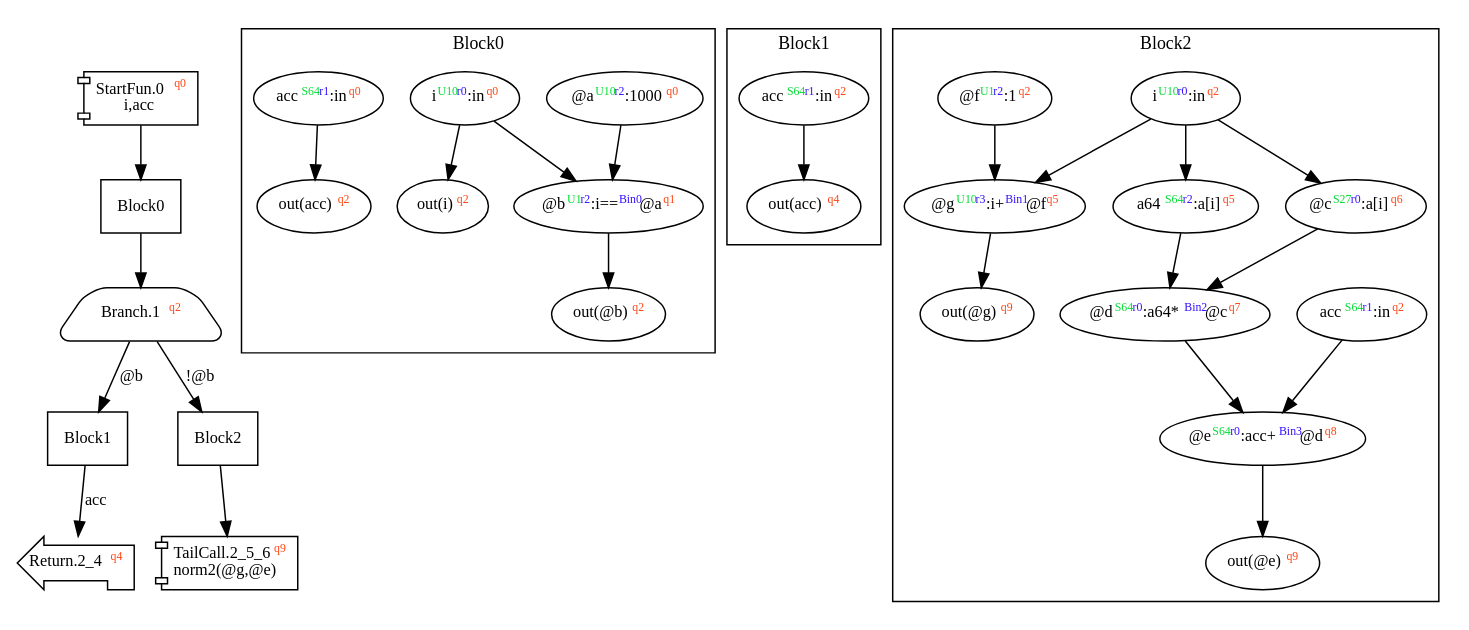
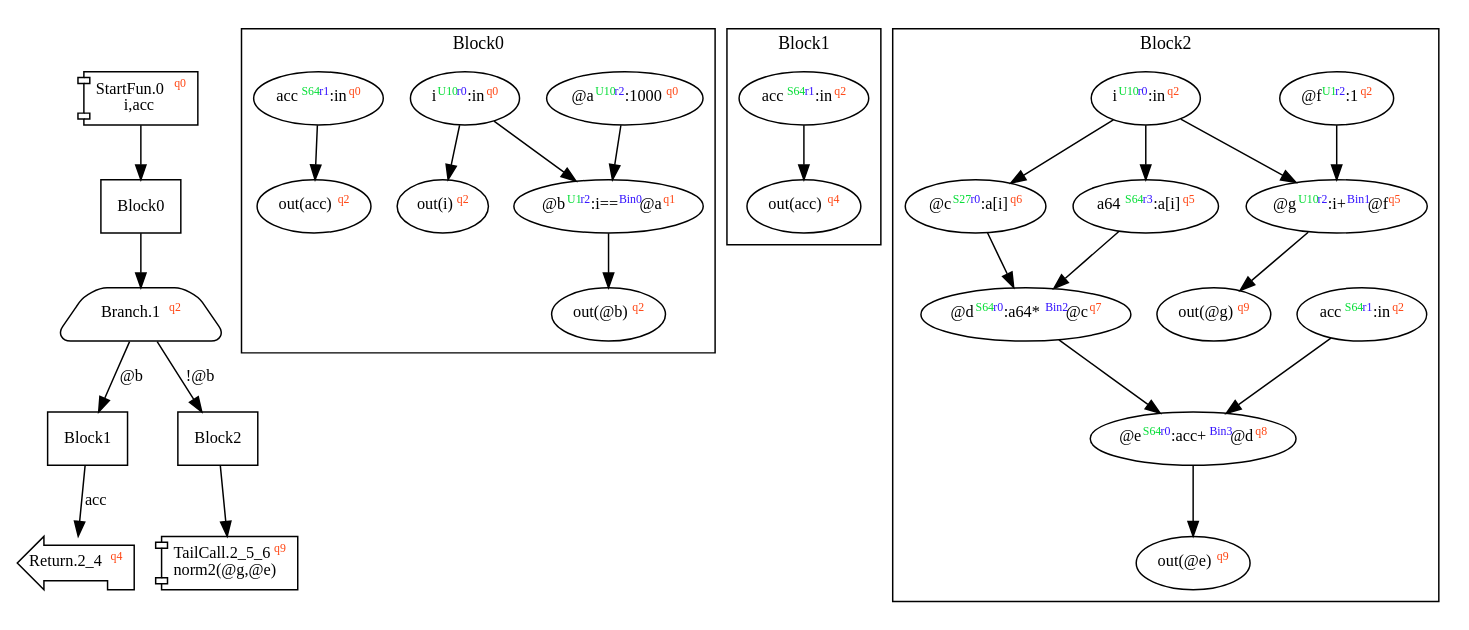
The diagram in dist/norm2.dot (akouryy/SyntheScala), drawn with Graphviz before and after one commit. The commit also changed 14 other files, not shown here.

```diff
--- a/dist/norm2.dot
+++ b/dist/norm2.dot
@@ -1,46 +1,46 @@
 digraph Program_ {
 graph [fontname = "Monaco", fontsize = 12, ranksep = 0.5];
 node [shape = box, fontname = "Monaco", fontsize = 11; colorscheme = pastel19];
 edge [fontname = "Monaco", fontsize = 11; colorscheme = pastel19];
 Jump0[label = <StartFun.0<font color="#ff4411" point-size="8"><sup>q0</sup></font><br/>i,acc>; shape = component];
 Jump0 -> Block0;
 Jump1[
   label = <Branch.1<font color="#ff4411" point-size="8"><sup>q2</sup></font>>;
   shape = trapezium; style = rounded;
 ];
 Block0 -> Jump1;
 Jump1 -> Block1 [label="@b"];
 Jump1 -> Block2 [label="!@b"];
 Jump2_4[label = <Return.2_4<font color="#ff4411" point-size="8"><sup>q4</sup></font>>; shape = lpromoter];
 Block1 -> Jump2_4 [label="acc"];
 Jump2_5_6[label = <TailCall.2_5_6<font color="#ff4411" point-size="8"><sup>q9</sup></font><br/>norm2(@g,@e)>; shape = component];
 Block2 -> Jump2_5_6;
 Block0 [label = "Block0"];
 Block1 [label = "Block1"];
 Block2 [label = "Block2"];
 subgraph cluster_dfg_Block0{
 node [shape = oval];
 label = "Block0";
-ndBlock0_0 [label=<out(acc)<font color="#ff4411" point-size="8"><sup>q2</sup></font>>];ndBlock0_1 [label=<i<font color="#00dd33" point-size="8"><sup>U10</sup></font><font color="#3311ff" point-size="8"><sup>r0</sup></font>:in<font color="#ff4411" point-size="8"><sup>q0</sup></font>>];ndBlock0_2 [label=<out(@b)<font color="#ff4411" point-size="8"><sup>q2</sup></font>>];ndBlock0_3 [label=<@a<font color="#00dd33" point-size="8"><sup>U10</sup></font><font color="#3311ff" point-size="8"><sup>r2</sup></font>:1000<font color="#ff4411" point-size="8"><sup>q0</sup></font>>];ndBlock0_4 [label=<out(i)<font color="#ff4411" point-size="8"><sup>q2</sup></font>>];ndBlock0_5 [label=<acc<font color="#00dd33" point-size="8"><sup>S64</sup></font><font color="#3311ff" point-size="8"><sup>r1</sup></font>:in<font color="#ff4411" point-size="8"><sup>q0</sup></font>>];ndBlock0_6 [label=<@b<font color="#00dd33" point-size="8"><sup>U1</sup></font><font color="#3311ff" point-size="8"><sup>r2</sup></font>:i==<font color="#3311ff" point-size="8"><sup>Bin0</sup></font>@a<font color="#ff4411" point-size="8"><sup>q1</sup></font>>];ndBlock0_5 -> ndBlock0_0;
-ndBlock0_1 -> ndBlock0_6;
-ndBlock0_3 -> ndBlock0_6;
-ndBlock0_6 -> ndBlock0_2;
+ndBlock0_0 [label=<out(acc)<font color="#ff4411" point-size="8"><sup>q2</sup></font>>];ndBlock0_1 [label=<i<font color="#00dd33" point-size="8"><sup>U10</sup></font><font color="#3311ff" point-size="8"><sup>r0</sup></font>:in<font color="#ff4411" point-size="8"><sup>q0</sup></font>>];ndBlock0_2 [label=<out(@b)<font color="#ff4411" point-size="8"><sup>q2</sup></font>>];ndBlock0_3 [label=<@a<font color="#00dd33" point-size="8"><sup>U10</sup></font><font color="#3311ff" point-size="8"><sup>r2</sup></font>:1000<font color="#ff4411" point-size="8"><sup>q0</sup></font>>];ndBlock0_4 [label=<out(i)<font color="#ff4411" point-size="8"><sup>q2</sup></font>>];ndBlock0_5 [label=<@b<font color="#00dd33" point-size="8"><sup>U1</sup></font><font color="#3311ff" point-size="8"><sup>r2</sup></font>:i==<font color="#3311ff" point-size="8"><sup>Bin0</sup></font>@a<font color="#ff4411" point-size="8"><sup>q1</sup></font>>];ndBlock0_6 [label=<acc<font color="#00dd33" point-size="8"><sup>S64</sup></font><font color="#3311ff" point-size="8"><sup>r1</sup></font>:in<font color="#ff4411" point-size="8"><sup>q0</sup></font>>];ndBlock0_6 -> ndBlock0_0;
+ndBlock0_1 -> ndBlock0_5;
+ndBlock0_3 -> ndBlock0_5;
+ndBlock0_5 -> ndBlock0_2;
 ndBlock0_1 -> ndBlock0_4;
 }subgraph cluster_dfg_Block1{
 node [shape = oval];
 label = "Block1";
 ndBlock1_0 [label=<acc<font color="#00dd33" point-size="8"><sup>S64</sup></font><font color="#3311ff" point-size="8"><sup>r1</sup></font>:in<font color="#ff4411" point-size="8"><sup>q2</sup></font>>];ndBlock1_1 [label=<out(acc)<font color="#ff4411" point-size="8"><sup>q4</sup></font>>];ndBlock1_0 -> ndBlock1_1;
 }subgraph cluster_dfg_Block2{
 node [shape = oval];
 label = "Block2";
-ndBlock2_0 [label=<@e<font color="#00dd33" point-size="8"><sup>S64</sup></font><font color="#3311ff" point-size="8"><sup>r0</sup></font>:acc+<font color="#3311ff" point-size="8"><sup>Bin3</sup></font>@d<font color="#ff4411" point-size="8"><sup>q8</sup></font>>];ndBlock2_1 [label=<@c<font color="#00dd33" point-size="8"><sup>S27</sup></font><font color="#3311ff" point-size="8"><sup>r0</sup></font>:a[i]<font color="#ff4411" point-size="8"><sup>q6</sup></font>>];ndBlock2_2 [label=<a64<font color="#00dd33" point-size="8"><sup>S64</sup></font><font color="#3311ff" point-size="8"><sup>r2</sup></font>:a[i]<font color="#ff4411" point-size="8"><sup>q5</sup></font>>];ndBlock2_3 [label=<out(@e)<font color="#ff4411" point-size="8"><sup>q9</sup></font>>];ndBlock2_4 [label=<acc<font color="#00dd33" point-size="8"><sup>S64</sup></font><font color="#3311ff" point-size="8"><sup>r1</sup></font>:in<font color="#ff4411" point-size="8"><sup>q2</sup></font>>];ndBlock2_5 [label=<i<font color="#00dd33" point-size="8"><sup>U10</sup></font><font color="#3311ff" point-size="8"><sup>r0</sup></font>:in<font color="#ff4411" point-size="8"><sup>q2</sup></font>>];ndBlock2_6 [label=<@d<font color="#00dd33" point-size="8"><sup>S64</sup></font><font color="#3311ff" point-size="8"><sup>r0</sup></font>:a64*<font color="#3311ff" point-size="8"><sup>Bin2</sup></font>@c<font color="#ff4411" point-size="8"><sup>q7</sup></font>>];ndBlock2_7 [label=<out(@g)<font color="#ff4411" point-size="8"><sup>q9</sup></font>>];ndBlock2_8 [label=<@f<font color="#00dd33" point-size="8"><sup>U1</sup></font><font color="#3311ff" point-size="8"><sup>r2</sup></font>:1<font color="#ff4411" point-size="8"><sup>q2</sup></font>>];ndBlock2_9 [label=<@g<font color="#00dd33" point-size="8"><sup>U10</sup></font><font color="#3311ff" point-size="8"><sup>r3</sup></font>:i+<font color="#3311ff" point-size="8"><sup>Bin1</sup></font>@f<font color="#ff4411" point-size="8"><sup>q5</sup></font>>];ndBlock2_9 -> ndBlock2_7;
-ndBlock2_5 -> ndBlock2_2;
-ndBlock2_5 -> ndBlock2_9;
-ndBlock2_8 -> ndBlock2_9;
-ndBlock2_5 -> ndBlock2_1;
-ndBlock2_4 -> ndBlock2_0;
+ndBlock2_0 [label=<@c<font color="#00dd33" point-size="8"><sup>S27</sup></font><font color="#3311ff" point-size="8"><sup>r0</sup></font>:a[i]<font color="#ff4411" point-size="8"><sup>q6</sup></font>>];ndBlock2_1 [label=<a64<font color="#00dd33" point-size="8"><sup>S64</sup></font><font color="#3311ff" point-size="8"><sup>r3</sup></font>:a[i]<font color="#ff4411" point-size="8"><sup>q5</sup></font>>];ndBlock2_2 [label=<out(@e)<font color="#ff4411" point-size="8"><sup>q9</sup></font>>];ndBlock2_3 [label=<acc<font color="#00dd33" point-size="8"><sup>S64</sup></font><font color="#3311ff" point-size="8"><sup>r1</sup></font>:in<font color="#ff4411" point-size="8"><sup>q2</sup></font>>];ndBlock2_4 [label=<@g<font color="#00dd33" point-size="8"><sup>U10</sup></font><font color="#3311ff" point-size="8"><sup>r2</sup></font>:i+<font color="#3311ff" point-size="8"><sup>Bin1</sup></font>@f<font color="#ff4411" point-size="8"><sup>q5</sup></font>>];ndBlock2_5 [label=<@f<font color="#00dd33" point-size="8"><sup>U1</sup></font><font color="#3311ff" point-size="8"><sup>r2</sup></font>:1<font color="#ff4411" point-size="8"><sup>q2</sup></font>>];ndBlock2_6 [label=<i<font color="#00dd33" point-size="8"><sup>U10</sup></font><font color="#3311ff" point-size="8"><sup>r0</sup></font>:in<font color="#ff4411" point-size="8"><sup>q2</sup></font>>];ndBlock2_7 [label=<@d<font color="#00dd33" point-size="8"><sup>S64</sup></font><font color="#3311ff" point-size="8"><sup>r0</sup></font>:a64*<font color="#3311ff" point-size="8"><sup>Bin2</sup></font>@c<font color="#ff4411" point-size="8"><sup>q7</sup></font>>];ndBlock2_8 [label=<@e<font color="#00dd33" point-size="8"><sup>S64</sup></font><font color="#3311ff" point-size="8"><sup>r0</sup></font>:acc+<font color="#3311ff" point-size="8"><sup>Bin3</sup></font>@d<font color="#ff4411" point-size="8"><sup>q8</sup></font>>];ndBlock2_9 [label=<out(@g)<font color="#ff4411" point-size="8"><sup>q9</sup></font>>];ndBlock2_4 -> ndBlock2_9;
+ndBlock2_6 -> ndBlock2_1;
+ndBlock2_5 -> ndBlock2_4;
+ndBlock2_6 -> ndBlock2_4;
+ndBlock2_3 -> ndBlock2_8;
+ndBlock2_7 -> ndBlock2_8;
+ndBlock2_8 -> ndBlock2_2;
+ndBlock2_0 -> ndBlock2_7;
+ndBlock2_1 -> ndBlock2_7;
 ndBlock2_6 -> ndBlock2_0;
-ndBlock2_0 -> ndBlock2_3;
-ndBlock2_1 -> ndBlock2_6;
-ndBlock2_2 -> ndBlock2_6;
 }}
```
